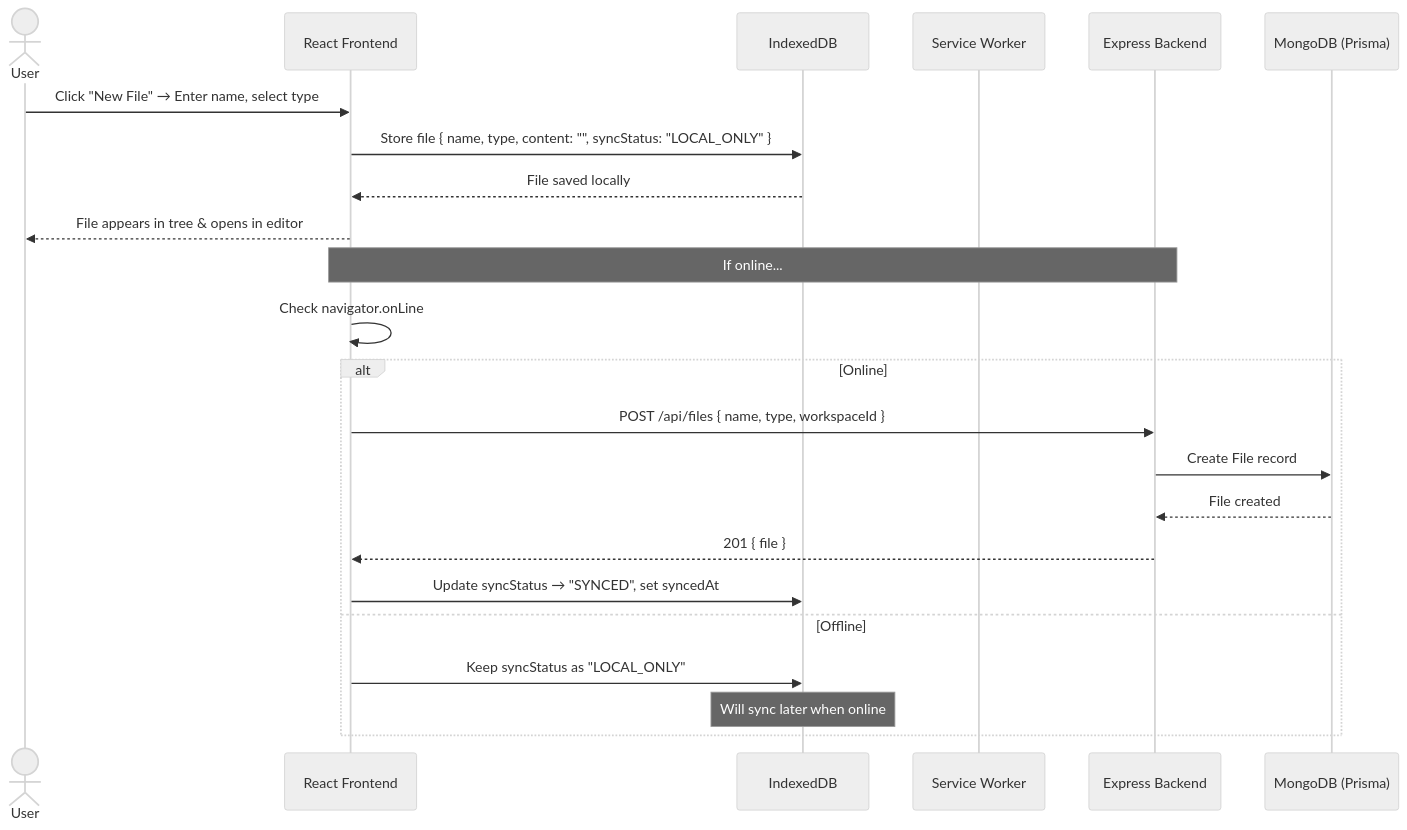
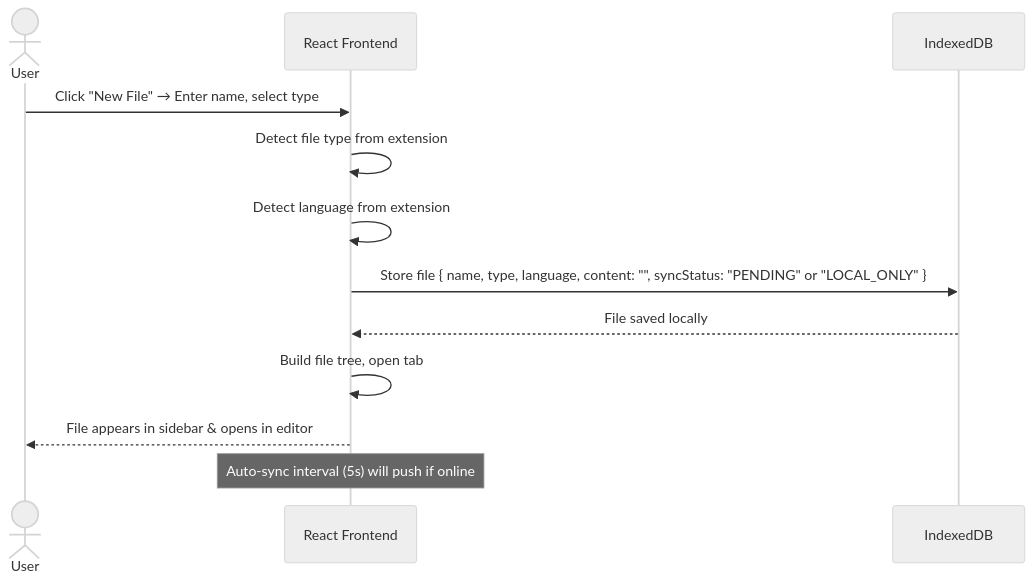
The third of 10 diagrams in sequenceDiagram.md (codervipul775/Safar), drawn with Mermaid (neutral theme) before and after one commit. The commit also changed other lines of this file and 3 other files, not shown here.

Commit message:
docs: update sequence diagrams to reflect authentication, file management, and synchronization workflows

````diff
--- a/sequenceDiagram.md
+++ b/sequenceDiagram.md
@@ -56,27 +58,16 @@
 ```mermaid
 sequenceDiagram
     actor User
     participant UI as React Frontend
     participant IDB as IndexedDB
-    participant SW as Service Worker
-    participant API as Express Backend
-    participant DB as MongoDB (Prisma)
 
     User->>UI: Click "New File" → Enter name, select type
-    UI->>IDB: Store file { name, type, content: "", syncStatus: "LOCAL_ONLY" }
+    UI->>UI: Detect file type from extension
+    UI->>UI: Detect language from extension
+    UI->>IDB: Store file { name, type, language, content: "", syncStatus: "PENDING" or "LOCAL_ONLY" }
     IDB-->>UI: File saved locally
-    UI-->>User: File appears in tree & opens in editor
+    UI->>UI: Build file tree, open tab
+    UI-->>User: File appears in sidebar & opens in editor
 
-    Note over UI,API: If online...
-    UI->>UI: Check navigator.onLine
-    alt Online
-        UI->>API: POST /api/files { name, type, workspaceId }
-        API->>DB: Create File record
-        DB-->>API: File created
-        API-->>UI: 201 { file }
-        UI->>IDB: Update syncStatus → "SYNCED", set syncedAt
-    else Offline
-        UI->>IDB: Keep syncStatus as "LOCAL_ONLY"
-        Note over IDB: Will sync later when online
-    end
+    Note over UI: Auto-sync interval (5s) will push if online
 ```
````
